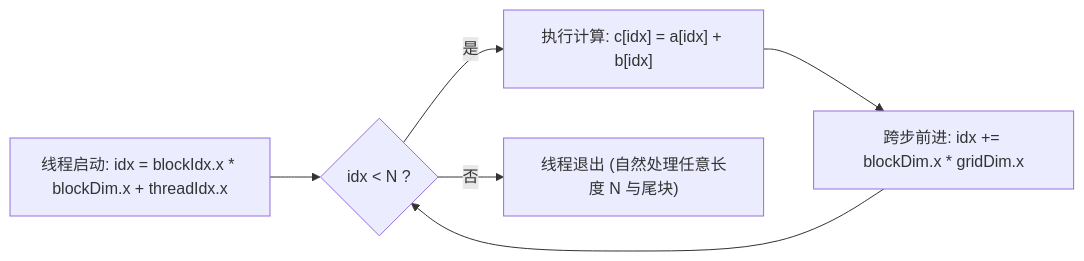
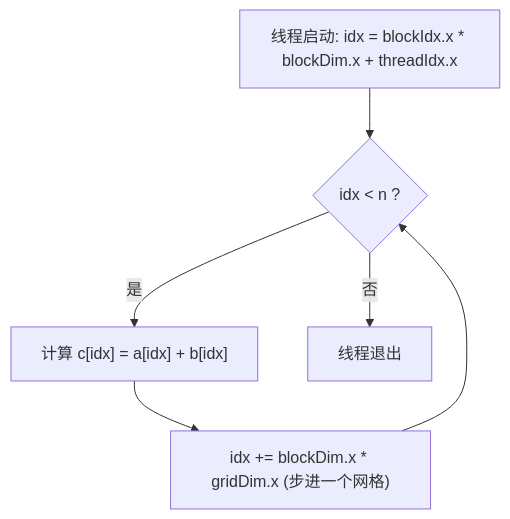
One commit to hsthanb4/hpclearning changed the second of 2 diagrams in cuda/lesson01_vector_add.qmd. Above: the diagram before and after it, drawn with Mermaid. The commit also changed other lines of this file and 89 other files, not shown here.

Commit message:
style(docs): relocate images and diagrams adjacent to their textual references across all lessons

````diff
--- a/cuda/lesson01_vector_add.qmd
+++ b/cuda/lesson01_vector_add.qmd
@@ -44,8 +63,8 @@
 ```{mermaid}
-flowchart LR
-    Start["线程启动: idx = blockIdx.x * blockDim.x + threadIdx.x"] --> Cond{"idx < N ?"}
-    Cond -->|是| Calc["执行计算: c[idx] = a[idx] + b[idx]"]
-    Calc --> Stride["跨步前进: idx += blockDim.x * gridDim.x"]
+flowchart TD
+    Start["线程启动: idx = blockIdx.x * blockDim.x + threadIdx.x"] --> Cond{"idx < n ?"}
+    Cond -->|是| Compute["计算 c[idx] = a[idx] + b[idx]"]
+    Compute --> Stride["idx += blockDim.x * gridDim.x (步进一个网格)"]
     Stride --> Cond
-    Cond -->|否| End["线程退出 (自然处理任意长度 N 与尾块)"]
+    Cond -->|否| End["线程退出"]
 ```
````
